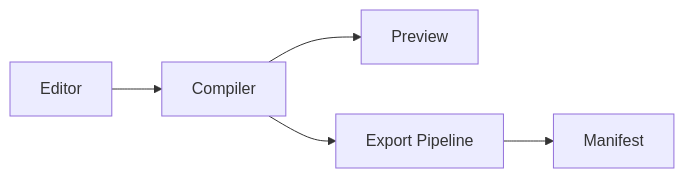
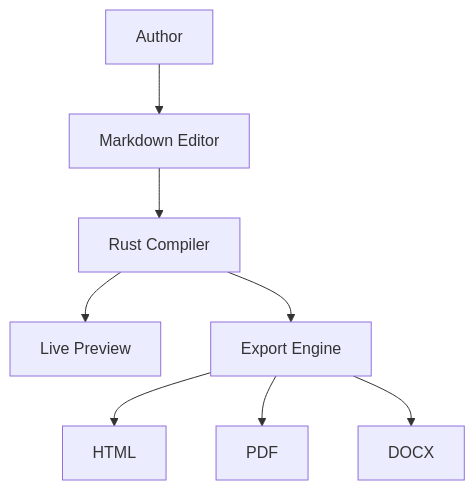
The diagram in examples/technical-architecture.md (nyimbi/Neditor), drawn with Mermaid before and after one commit. The commit also changed other lines of this file and 3 other files, not shown here.

````diff
--- a/examples/technical-architecture.md
+++ b/examples/technical-architecture.md
@@ -31,7 +30,10 @@
 ```mermaid
-flowchart LR
-  Editor[Editor] --> Compiler[Compiler]
-  Compiler --> Preview[Preview]
-  Compiler --> Export[Export Pipeline]
-  Export --> Manifest[Manifest]
+flowchart TD
+  Author[Author] --> Editor[Markdown Editor]
+  Editor --> Compiler[Rust Compiler]
+  Compiler --> Preview[Live Preview]
+  Compiler --> Export[Export Engine]
+  Export --> HTML[HTML]
+  Export --> PDF[PDF]
+  Export --> DOCX[DOCX]
 ```
````
